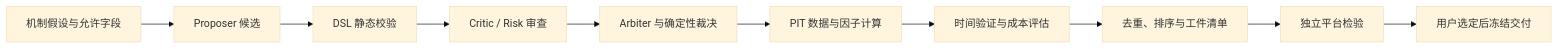
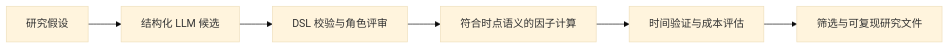
Before and after one commit to ZebinZ/llm-alpha-mining: the diagram in README.zh-CN.md, drawn with Mermaid (base theme). The commit also changed other lines of this file and 343 other files, not shown here.

````diff
--- a/README.zh-CN.md
+++ b/README.zh-CN.md
@@ -48,12 +36,8 @@
 ```mermaid
 flowchart LR
-    A[机制假设与允许字段] --> B[Proposer 候选]
-    B --> C[DSL 静态校验]
-    C --> D[Critic / Risk 审查]
-    D --> E[Arbiter 与确定性裁决]
-    E --> F[PIT 数据与因子计算]
-    F --> G[时间验证与成本评估]
-    G --> H[去重、排序与工件清单]
-    H --> I[独立平台检验]
-    I --> J[用户选定后冻结交付]
+    A[研究假设] --> B[结构化 LLM 候选]
+    B --> C[DSL 校验与角色评审]
+    C --> D[符合时点语义的因子计算]
+    D --> E[时间验证与成本评估]
+    E --> F[筛选与可复现研究文件]
 ```
````
